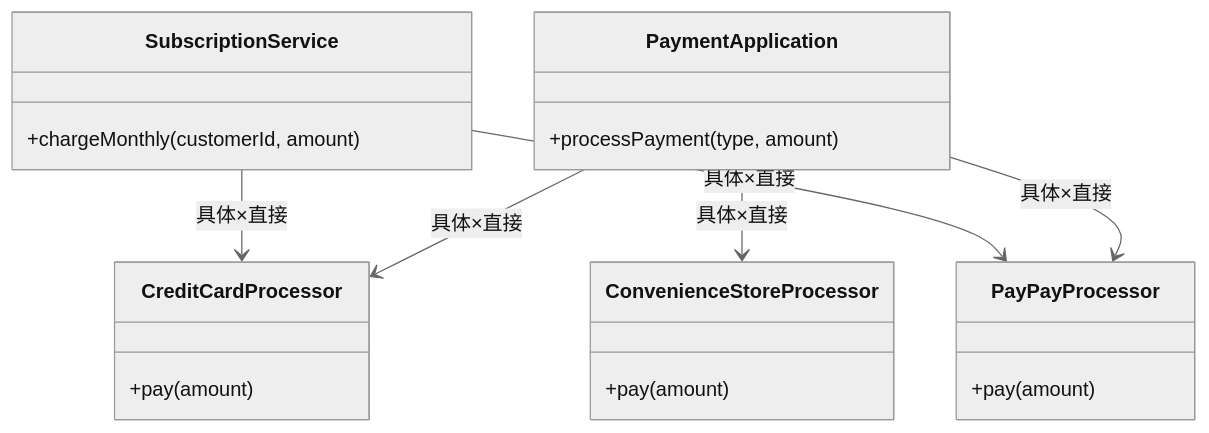
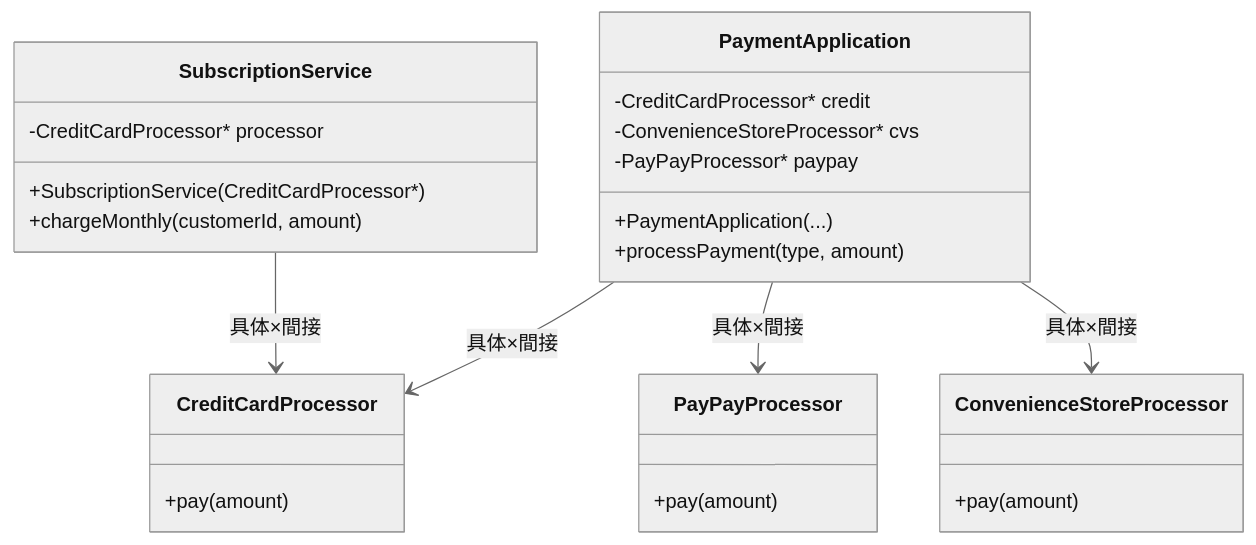
Before and after one commit to kumachan1101-pixel/DesignPattern: the fifth of 10 diagrams in kindle/design-patterns/output/chapter08.md, drawn with Mermaid (neutral theme). The commit also changed other lines of this file and 12 other files, not shown here.

````diff
--- a/kindle/design-patterns/output/chapter08.md
+++ b/kindle/design-patterns/output/chapter08.md
@@ -562,23 +578,28 @@
 ```mermaid
 classDiagram
     class PaymentApplication {
+        -CreditCardProcessor* credit
+        -ConvenienceStoreProcessor* cvs
+        -PayPayProcessor* paypay
+        +PaymentApplication(...)
         +processPayment(type, amount)
     }
     class SubscriptionService {
+        -CreditCardProcessor* processor
+        +SubscriptionService(CreditCardProcessor*)
         +chargeMonthly(customerId, amount)
     }
     class CreditCardProcessor {
         +pay(amount)
     }
     class PayPayProcessor {
         +pay(amount)
     }
     class ConvenienceStoreProcessor {
         +pay(amount)
     }
-    PaymentApplication --> CreditCardProcessor : 具体×直接
-    PaymentApplication --> PayPayProcessor : 具体×直接
-    PaymentApplication --> ConvenienceStoreProcessor : 具体×直接
-    SubscriptionService --> CreditCardProcessor : 具体×直接
-    SubscriptionService --> PayPayProcessor : 具体×直接
+    PaymentApplication --> CreditCardProcessor : 具体×間接
+    PaymentApplication --> PayPayProcessor : 具体×間接
+    PaymentApplication --> ConvenienceStoreProcessor : 具体×間接
+    SubscriptionService --> CreditCardProcessor : 具体×間接
 ```
````
